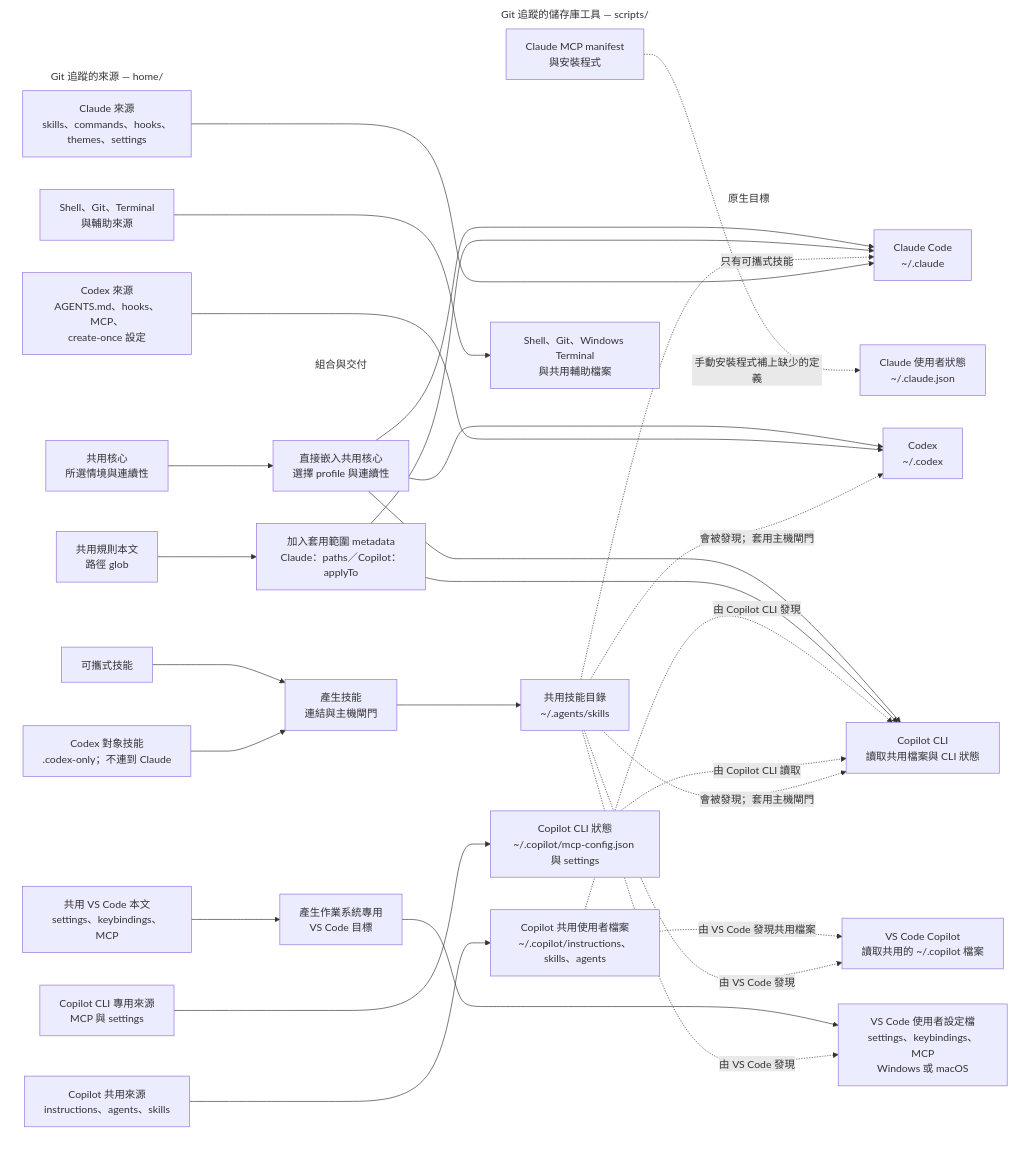
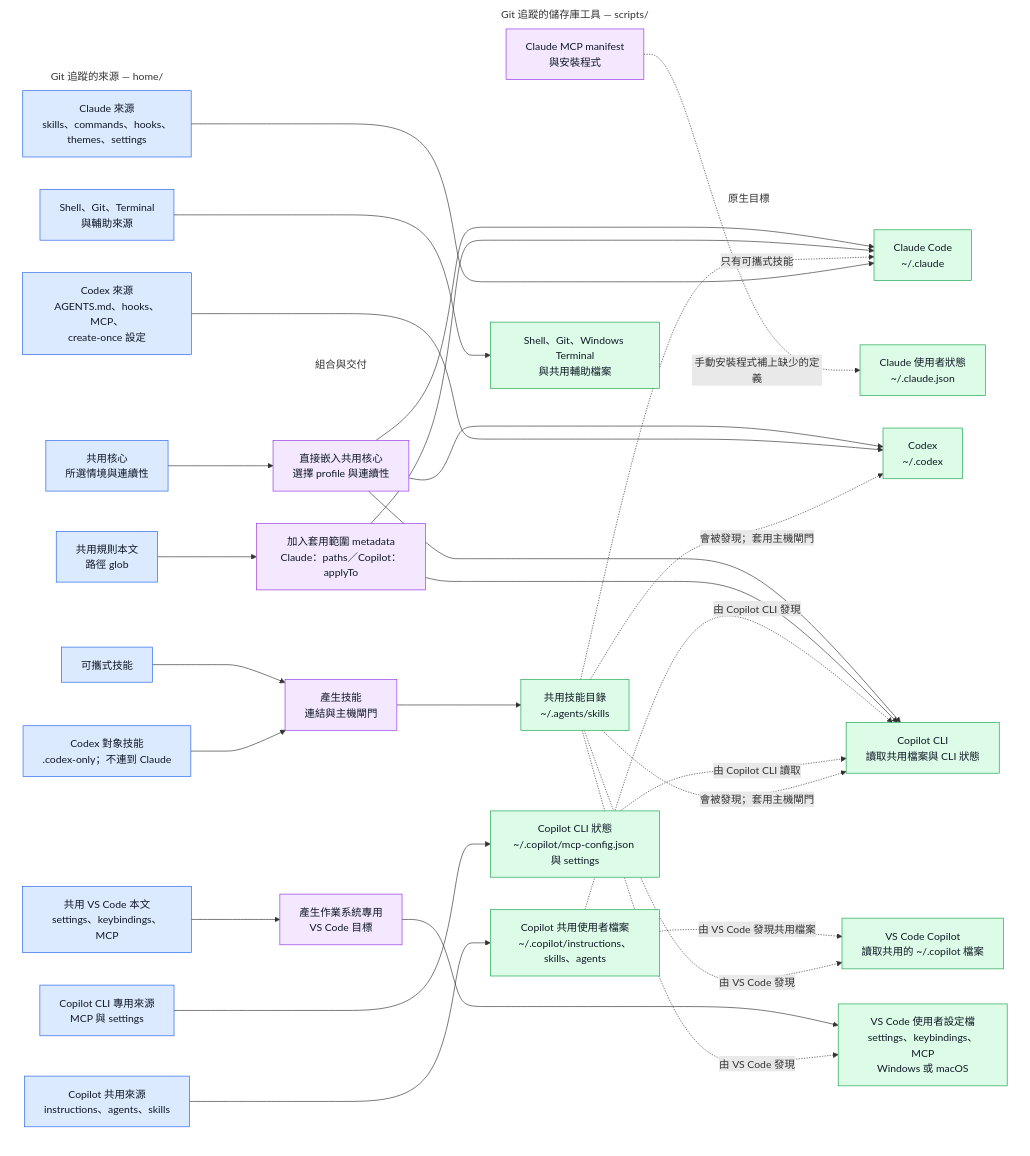
One commit to sherrilla71940/personal-agentic-dev-environment changed the first of 4 diagrams in README.zh-TW.md. Above: the diagram before and after it, drawn with Mermaid. The commit also changed other lines of this file and 1 other file, not shown here.

First line of the commit message:
docs(readme): align Mermaid diagram styling

```diff
--- a/README.zh-TW.md
+++ b/README.zh-TW.md
@@ -120,6 +123,17 @@
     agents -.->|"由 VS Code 發現"| copilotHost
     agents -.->|"由 VS Code 發現"| vscode
 
+    class core,rules,portableSkills,codexSkills,claudeNative,codexNative,copilotNative,copilotCliNative,vscodeBody,platform input
+    class claudeMcp,instructionAdapters,ruleAdapters,skillDelivery,osAdapters orchestration
+    class claude,claudeState,codex,copilotFiles,copilotCli,copilotCliState,copilotHost,agents,vscode,other output
+
+    classDef input fill:#dbeafe,stroke:#2563eb,color:#111827
+    classDef orchestration fill:#f3e8ff,stroke:#9333ea,color:#111827
+    classDef output fill:#dcfce7,stroke:#16a34a,color:#111827
+    classDef work fill:#fef3c7,stroke:#d97706,color:#111827
+    classDef control fill:#f3f4f6,stroke:#4b5563,color:#111827
+    classDef exception fill:#fee2e2,stroke:#dc2626,color:#111827
+
     style source fill:none,stroke:transparent
     style tooling fill:none,stroke:transparent
     style render fill:none,stroke:transparent
```
